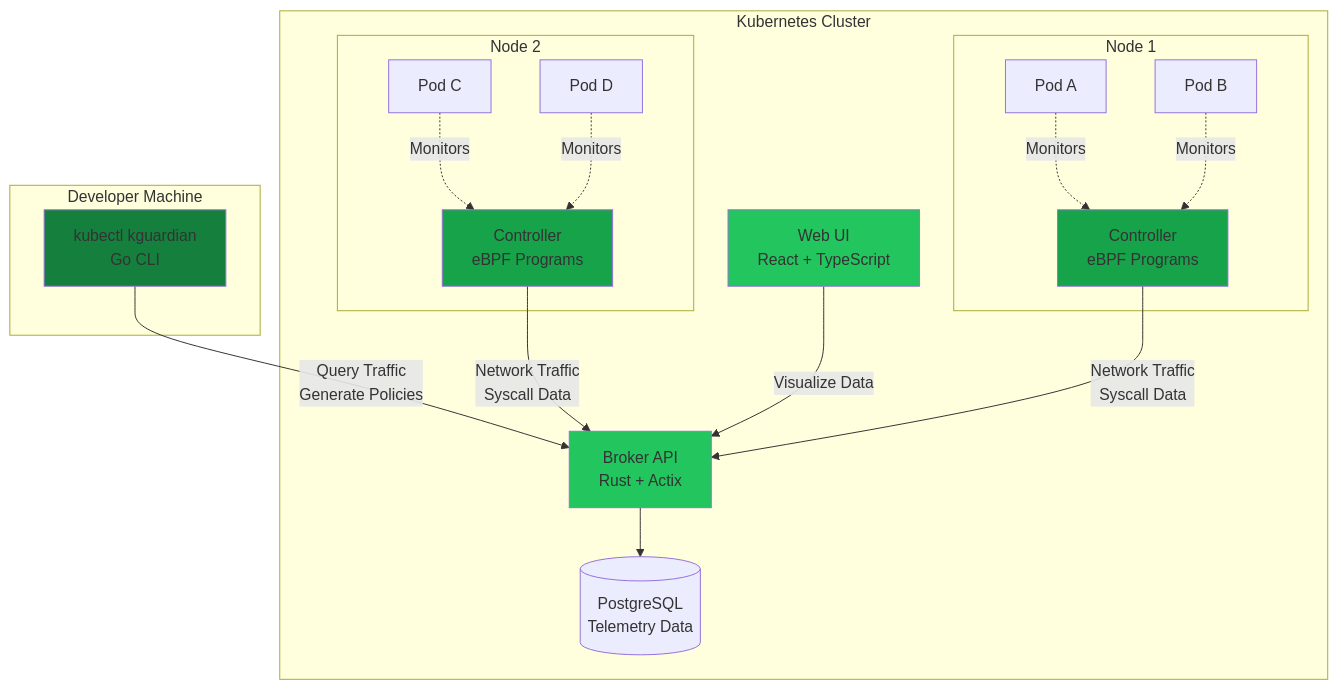
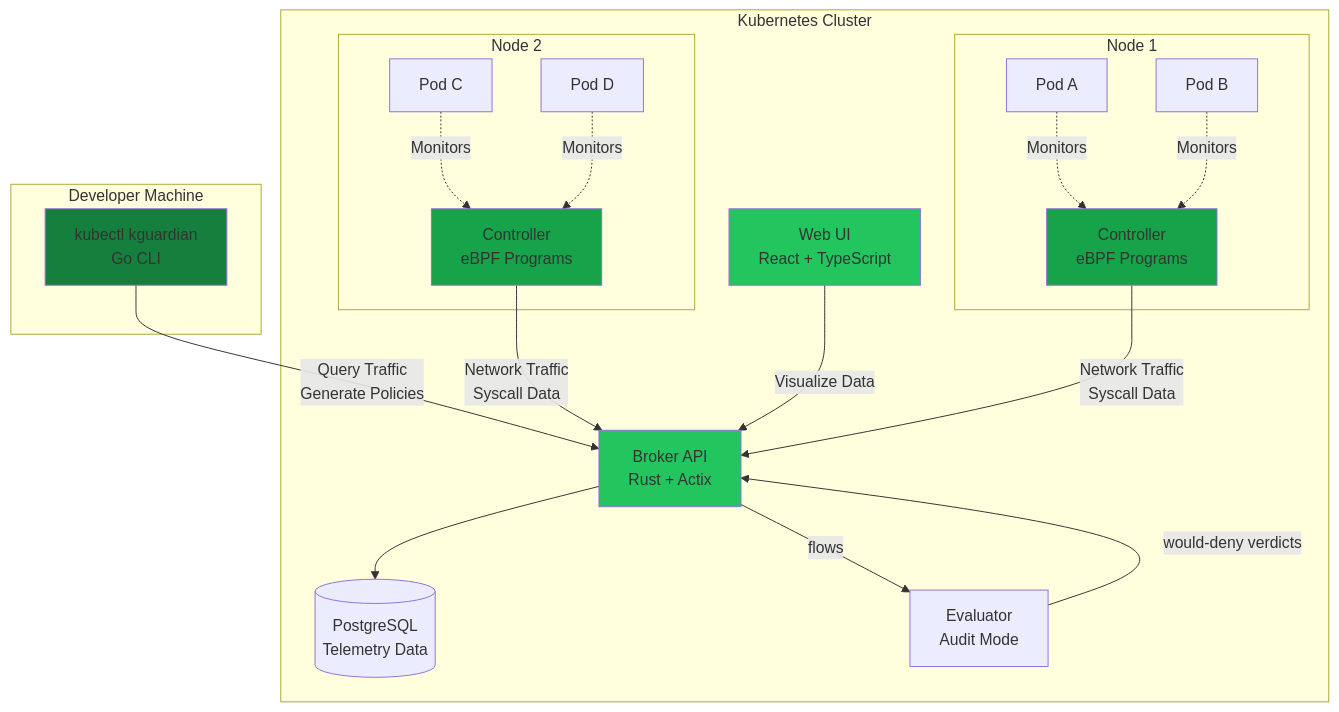
One commit to kguardian-dev/kguardian changed the diagram in docs/architecture.mdx. Above: the diagram before and after it, drawn with Mermaid. The commit also changed other lines of this file and 42 other files, not shown here.

````diff
--- a/docs/architecture.mdx
+++ b/docs/architecture.mdx
@@ -11,41 +11,44 @@
 ```mermaid
 graph TB
     subgraph "Kubernetes Cluster"
         subgraph "Node 1"
             Pod1[Pod A]
             Pod2[Pod B]
             Controller1[Controller<br/>eBPF Programs]
         end
 
         subgraph "Node 2"
             Pod3[Pod C]
             Pod4[Pod D]
             Controller2[Controller<br/>eBPF Programs]
         end
 
         Broker[Broker API<br/>Rust + Actix]
         DB[(PostgreSQL<br/>Telemetry Data)]
         UI[Web UI<br/>React + TypeScript]
+        Evaluator[Evaluator<br/>Audit Mode]
     end
 
     subgraph "Developer Machine"
         CLI[kubectl kguardian<br/>Go CLI]
     end
 
     Controller1 -->|Network Traffic<br/>Syscall Data| Broker
     Controller2 -->|Network Traffic<br/>Syscall Data| Broker
     Broker --> DB
+    Broker -->|flows| Evaluator
+    Evaluator -->|would-deny verdicts| Broker
     CLI -->|Query Traffic<br/>Generate Policies| Broker
     UI -->|Visualize Data| Broker
 
     Pod1 -.->|Monitors| Controller1
     Pod2 -.->|Monitors| Controller1
     Pod3 -.->|Monitors| Controller2
     Pod4 -.->|Monitors| Controller2
 
     style Controller1 fill:#16A34A
     style Controller2 fill:#16A34A
     style Broker fill:#22C55E
     style CLI fill:#15803D
     style UI fill:#22C55E
 ```
````
